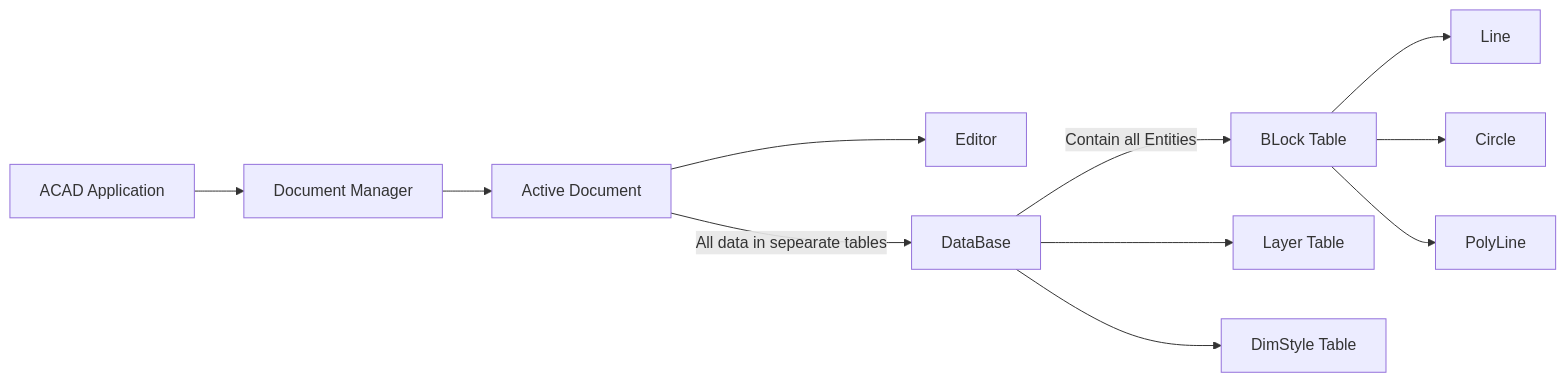
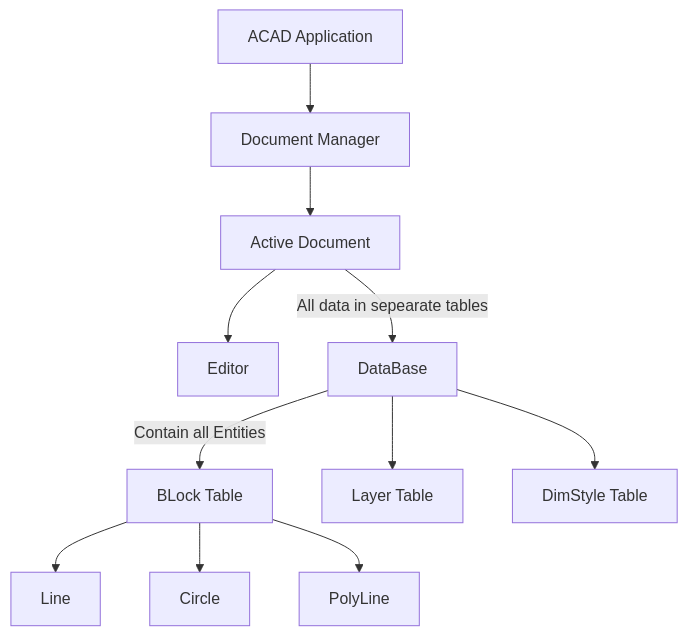
One commit to NodesAutomations/CSharp changed the first of 3 diagrams in Autocad/Doc/AutoCAD Object Model.md. Above: the diagram before and after it, drawn with Mermaid.

Commit message:
Update AutoCAD Object Model.md

````diff
--- a/Autocad/Doc/AutoCAD Object Model.md
+++ b/Autocad/Doc/AutoCAD Object Model.md
@@ -2,13 +2,13 @@
 ```mermaid
-graph LR
+graph TD
 A[ACAD Application]-->B[Document Manager]
 B-->C[Active Document]
 C-->E[Editor]
 C-->|All data in sepearate tables|D[DataBase]
 D-->|Contain all Entities|F[BLock Table]
 D-->G[Layer Table]
 D-->H[DimStyle Table]
 F-->F1[Line]
 F-->F2[Circle]
 F-->F3[PolyLine]
 ```
````
